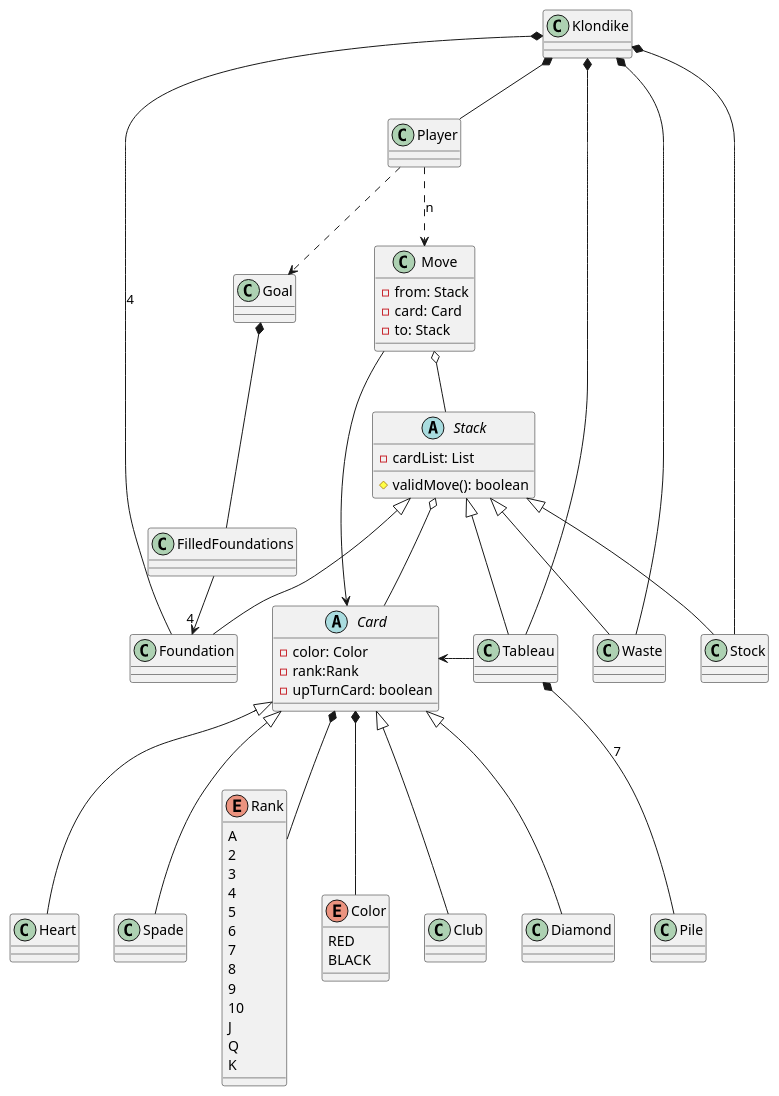
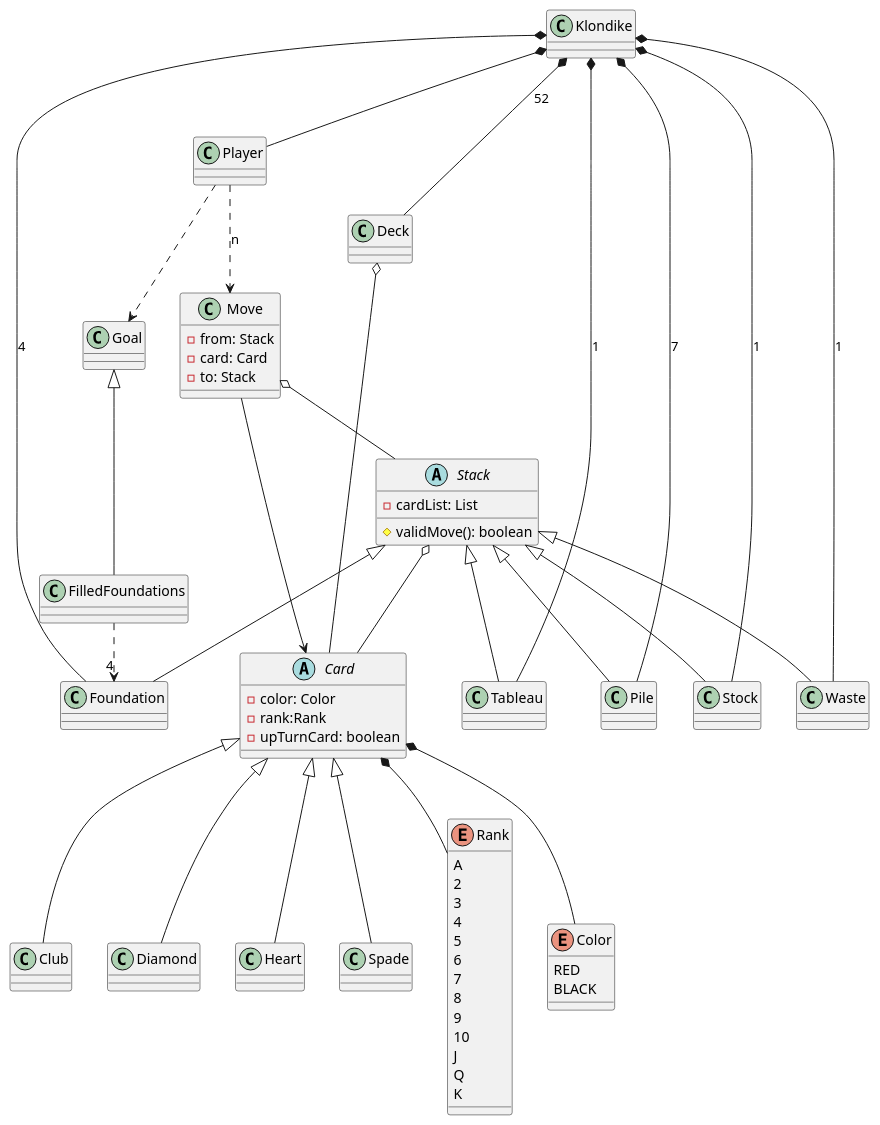
The diagram in klondike/diagrams/clases-diagram.iuml (bvegaM/software_degree), drawn with PlantUML before and after one commit. The commit also changed 1 other file, not shown here.

Commit message:
modified class diagram

```diff
--- a/klondike/diagrams/clases-diagram.iuml
+++ b/klondike/diagrams/clases-diagram.iuml
@@ -1,90 +1,93 @@
 @startuml klondike
 
 'clases'
 class Klondike
 class Player
 class Pile
 class Tableau
 class Foundation
 class Waste
 class Stock
 class Move{
     - from: Stack
     - card: Card
     - to: Stack
 }
 class Goal
 class Pile
-
+class Deck
 class Club
 class Diamond
 class Heart
 class Spade
 
 'absract clases'
 abstract Stack{
     - cardList: List
     # validMove(): boolean
 }
 abstract Card{
     - color: Color
     - rank:Rank
     - upTurnCard: boolean
 }
 
 'enum clases'
 enum Rank{
     A
     2
     3
     4
     5
     6
     7
     8
     9
     10
     J
     Q
     K
 }
 enum Color{
     RED
     BLACK
 }
 
 'relations'
 
 Klondike *-down- Player
 Klondike *-down- Foundation: 4
-Klondike *-down- Tableau
-Klondike *-down- Waste
-Klondike *-down- Stock
+Klondike *-down- Tableau: 1
+Klondike *-down- Waste: 1
+Klondike *-down- Pile: 7
+Klondike *-down- Stock: 1
+Klondike *-down- Deck: 52
+
+Deck o-- Card
 
 Stack <|-down- Tableau
 Stack <|-down- Foundation
 Stack <|-down- Waste
 Stack <|-down- Stock
+Stack <|-down- Pile
 Stack o-down- Card
 
 Move o-down- Stack
 Move -down-> Card
 
 Player .down.> Move: n
 Player .down.> Goal
 
-Goal *-down- FilledFoundations
-FilledFoundations -right-> "4" Foundation
+Goal <|-down- FilledFoundations
+FilledFoundations .right.> "4" Foundation
 
 
 Card <|-down- Club
 Card <|-down- Diamond
 Card <|-down- Heart
 Card <|-down- Spade
 Card *-down- Rank
 Card *-down- Color
 
-Tableau -left-> Card
-Tableau *-down- Pile: 7
 
 @enduml
```
